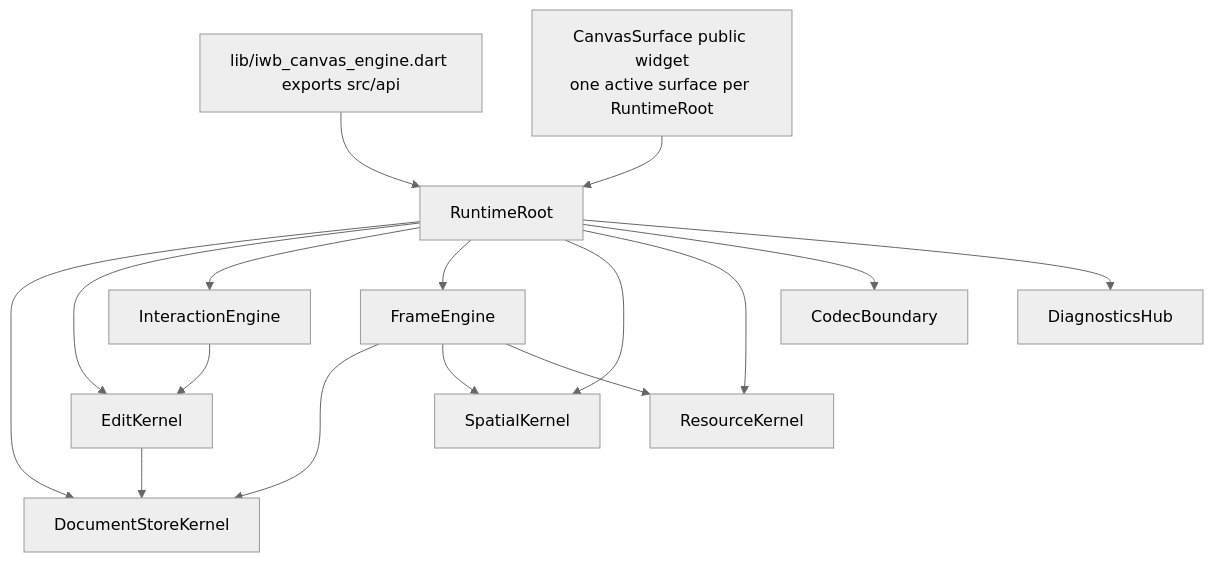
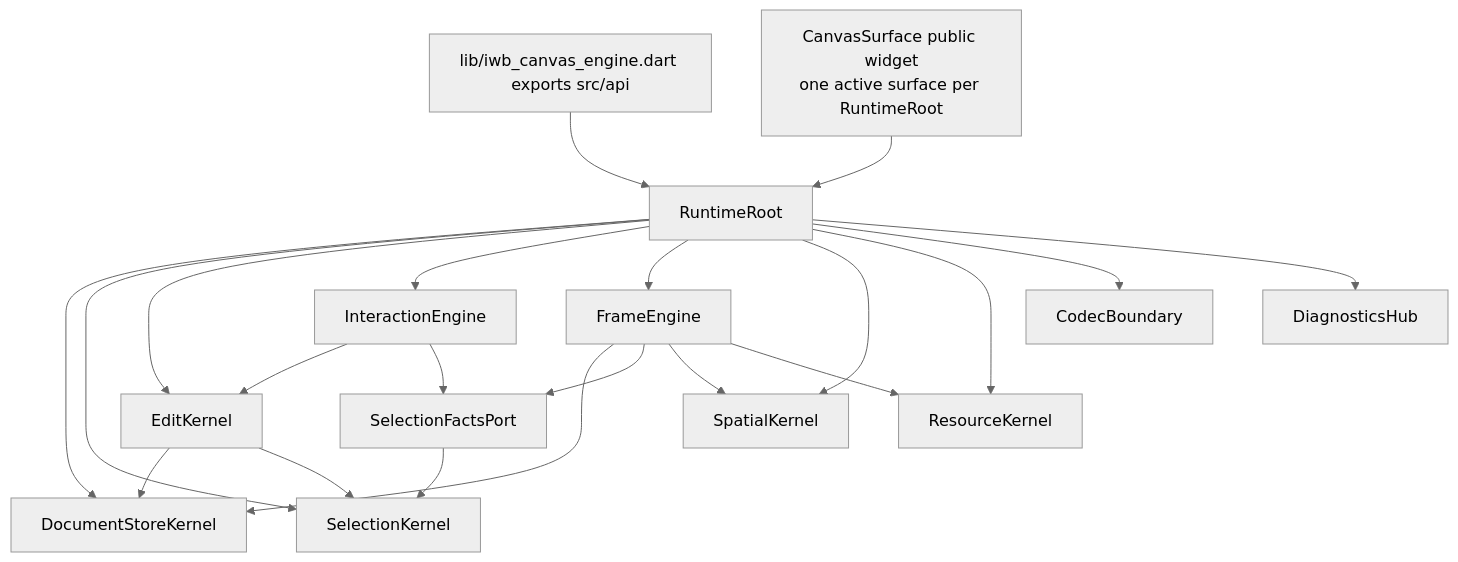
The diagram in docs/diagrams/c4_container.mmd (GreatPika/iwb_canvas_engine), drawn with Mermaid (neutral theme) before and after one commit. The commit also changed 48 other files, not shown here.

First line of the commit message:
docs: document selection runtime ownership

```diff
--- a/docs/diagrams/c4_container.mmd
+++ b/docs/diagrams/c4_container.mmd
@@ -1,16 +1,21 @@
 flowchart TB
   Public[lib/iwb_canvas_engine.dart exports src/api] --> RuntimeRoot
   Surface["CanvasSurface public widget\none active surface per RuntimeRoot"] --> RuntimeRoot
   RuntimeRoot --> Store[DocumentStoreKernel]
+  RuntimeRoot --> Selection[SelectionKernel]
   RuntimeRoot --> Edit[EditKernel]
   RuntimeRoot --> InteractionEngine
   RuntimeRoot --> FrameEngine
   RuntimeRoot --> Spatial[SpatialKernel]
   RuntimeRoot --> Resource[ResourceKernel]
   RuntimeRoot --> Codec[CodecBoundary]
   RuntimeRoot --> Diagnostics[DiagnosticsHub]
   Edit --> Store
+  Edit --> Selection
   FrameEngine --> Store
+  FrameEngine --> SelectionFacts[SelectionFactsPort]
   FrameEngine --> Spatial
   FrameEngine --> Resource
   InteractionEngine --> Edit
+  InteractionEngine --> SelectionFacts
+  SelectionFacts --> Selection
```
